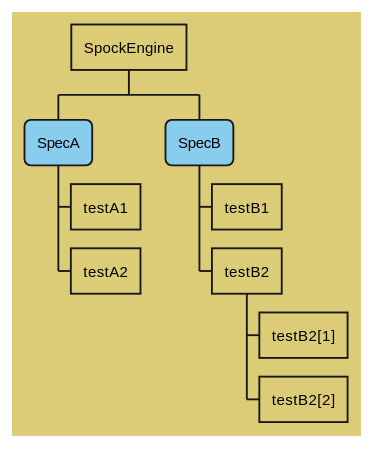
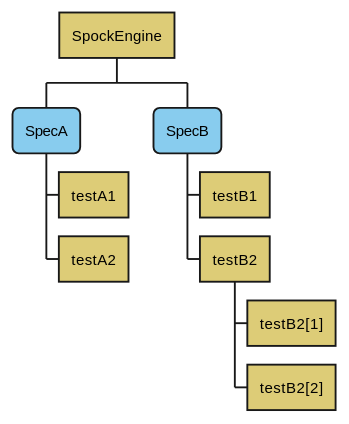
One commit to spockframework/spock changed the third of 14 diagrams in docs/parallel_execution.adoc. Above: the diagram before and after it, drawn with PlantUML. The commit also changed other lines of this file, not shown here.

First line of the commit message:
Fix broken background in PlantUML WBS diagrams (#2310)

```diff
--- a/docs/parallel_execution.adoc
+++ b/docs/parallel_execution.adoc
@@ -191,26 +192,26 @@
 [plantuml,images/execution-hierarchy-concurrent-sequential-execution,svg]
 ....
 @startwbs
 <style>
 wbsDiagram {
-  BackgroundColor #DDCC77
   node {
+    BackgroundColor #DDCC77
     :depth(1) {
       BackgroundColor #88CCEE
       RoundCorner 10
     }
   }
 }
 </style>
 skinparam shadowing false
 * SpockEngine
 ** SpecA
 *** testA1
 *** testA2
 ** SpecB
 *** testB1
 *** testB2
 **** testB2[1]
 **** testB2[2]
 @endwbs
 ....
```
